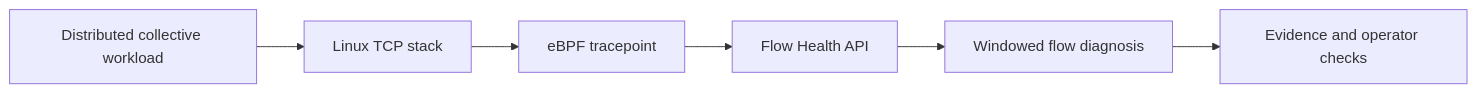
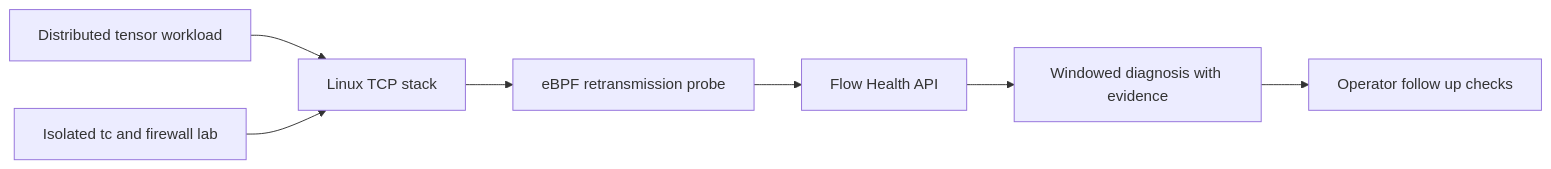
One commit to Asresh/high-speed-network-systems changed the diagram in README.md. Above: the diagram before and after it, drawn with Mermaid. The commit also changed other lines of this file and 8 other files, not shown here.

Commit message:
Add Collective Transport Lab

````diff
--- a/README.md
+++ b/README.md
@@ -14,8 +14,9 @@
 ```mermaid
 flowchart LR
-  A[Linux TCP stack] --> B[eBPF tracepoint]
-  B --> C[Flow Health API]
-  C --> D[Windowed flow diagnosis]
-  E[Distributed collective workload] --> A
-  D --> F[Evidence and operator checks]
+  W[Distributed tensor workload] --> T[Linux TCP stack]
+  T --> P[eBPF retransmission probe]
+  P --> I[Flow Health API]
+  I --> D[Windowed diagnosis with evidence]
+  D --> O[Operator follow up checks]
+  L[Isolated tc and firewall lab] --> T
 ```
````
